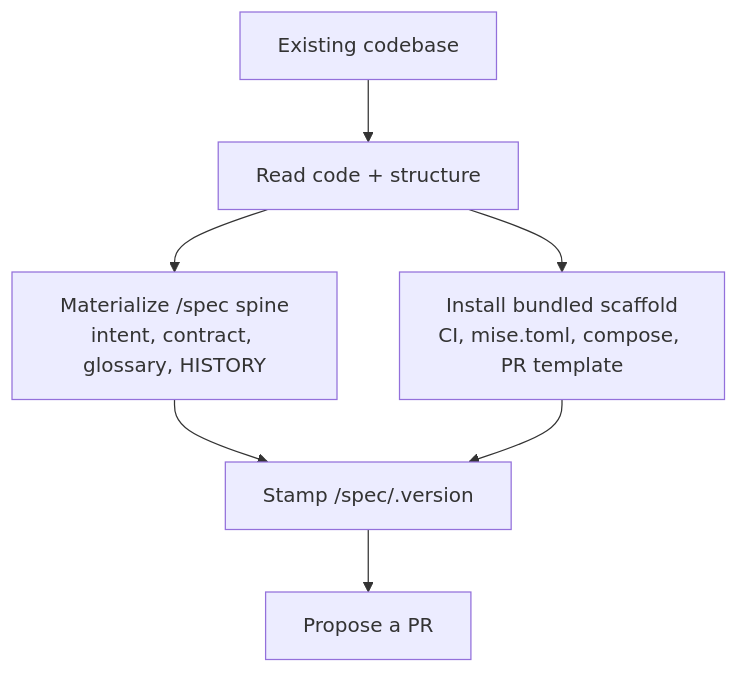
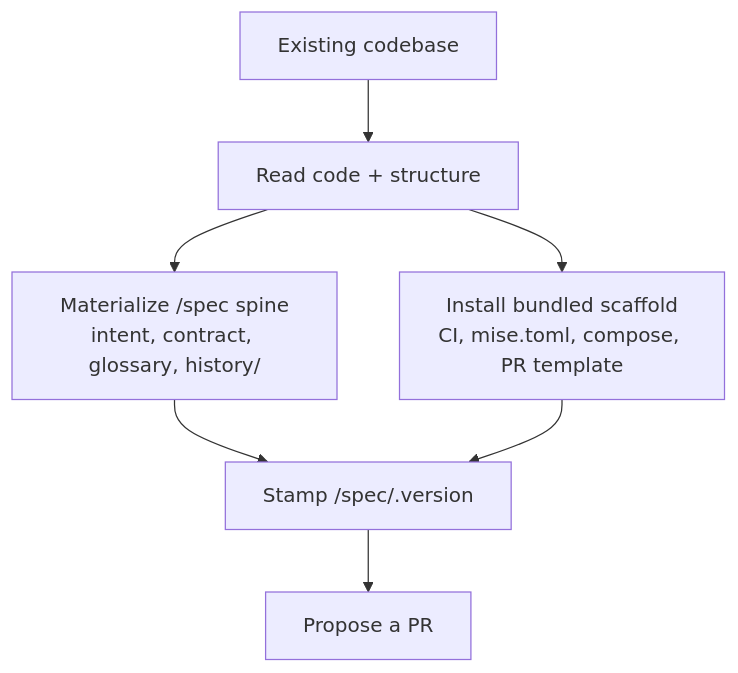
Before and after one commit to element22llc/e22-plugins: the diagram in docs/workflows/adopt.md, drawn with Mermaid. The commit also changed 66 other files, not shown here.

````diff
--- a/docs/workflows/adopt.md
+++ b/docs/workflows/adopt.md
@@ -12,9 +12,9 @@
 ```mermaid
 flowchart TD
     CODE[Existing codebase] --> READ[Read code + structure]
-    READ --> SPINE[Materialize /spec spine<br/>intent, contract, glossary, HISTORY]
+    READ --> SPINE[Materialize /spec spine<br/>intent, contract, glossary, history/]
     READ --> SCAFFOLD[Install bundled scaffold<br/>CI, mise.toml, compose, PR template]
     SPINE --> STAMP[Stamp /spec/.version]
     SCAFFOLD --> STAMP
     STAMP --> PR[Propose a PR]
 ```
````
